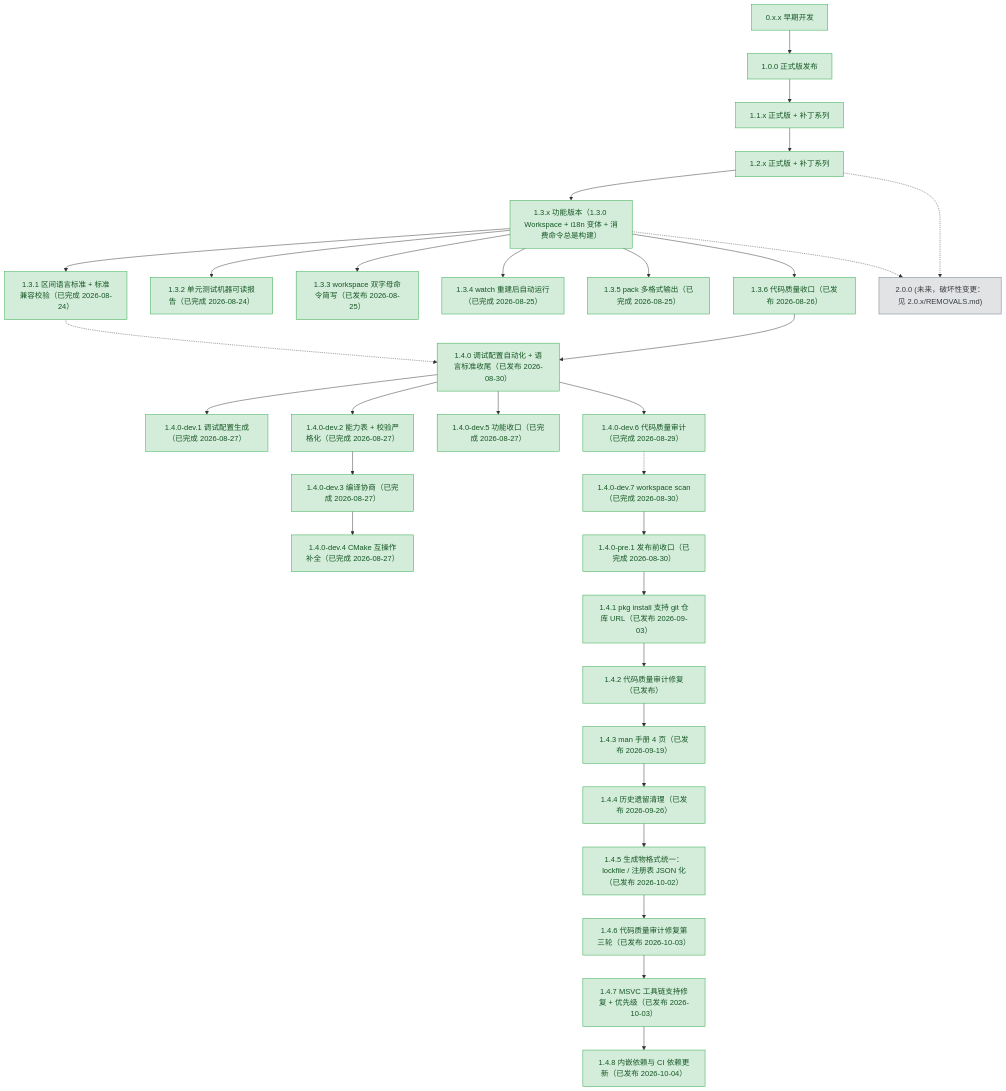
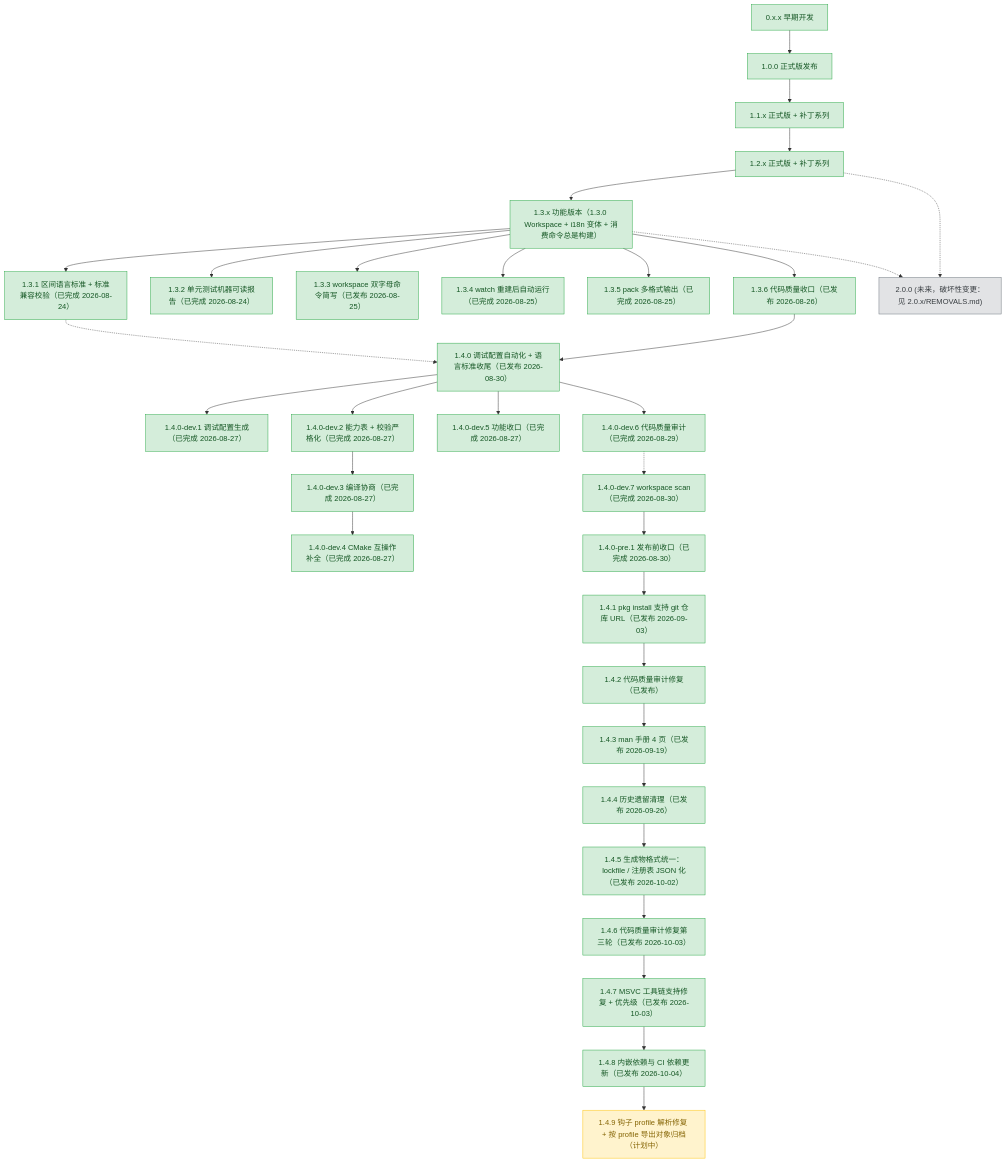
One commit to 3667808244/EazyMake changed the diagram in plans/README.md. Above: the diagram before and after it, drawn with Mermaid. The commit also changed other lines of this file and 3 other files, not shown here.

````diff
--- a/plans/README.md
+++ b/plans/README.md
@@ -104,6 +104,7 @@
     v146p["1.4.6 代码质量审计修复第三轮（已发布 2026-10-03）"]
     v147p["1.4.7 MSVC 工具链支持修复 + 优先级（已发布 2026-10-03）"]
     v148p["1.4.8 内嵌依赖与 CI 依赖更新（已发布 2026-10-04）"]
+    v149p["1.4.9 钩子 profile 解析修复 + 按 profile 导出对象归档（计划中）"]
     v200["2.0.0 (未来，破坏性变更：见 2.0.x/REMOVALS.md)"]
 
     v0xx --> v100
@@ -133,6 +134,7 @@
     v145p --> v146p
     v146p --> v147p
     v147p --> v148p
+    v148p --> v149p
     v131 -.-> v140
     v12x -.-> v200
     v13x -.-> v200
@@ -168,5 +170,6 @@
     class v146p done;
     class v147p done;
     class v148p done;
+    class v149p active;
     class v200 todo;
 ```
````
